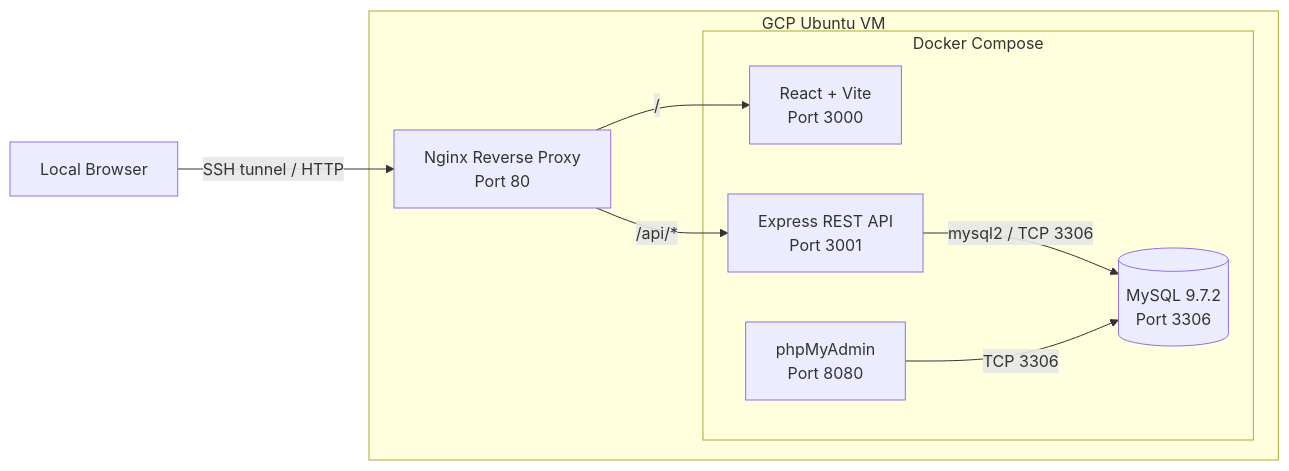
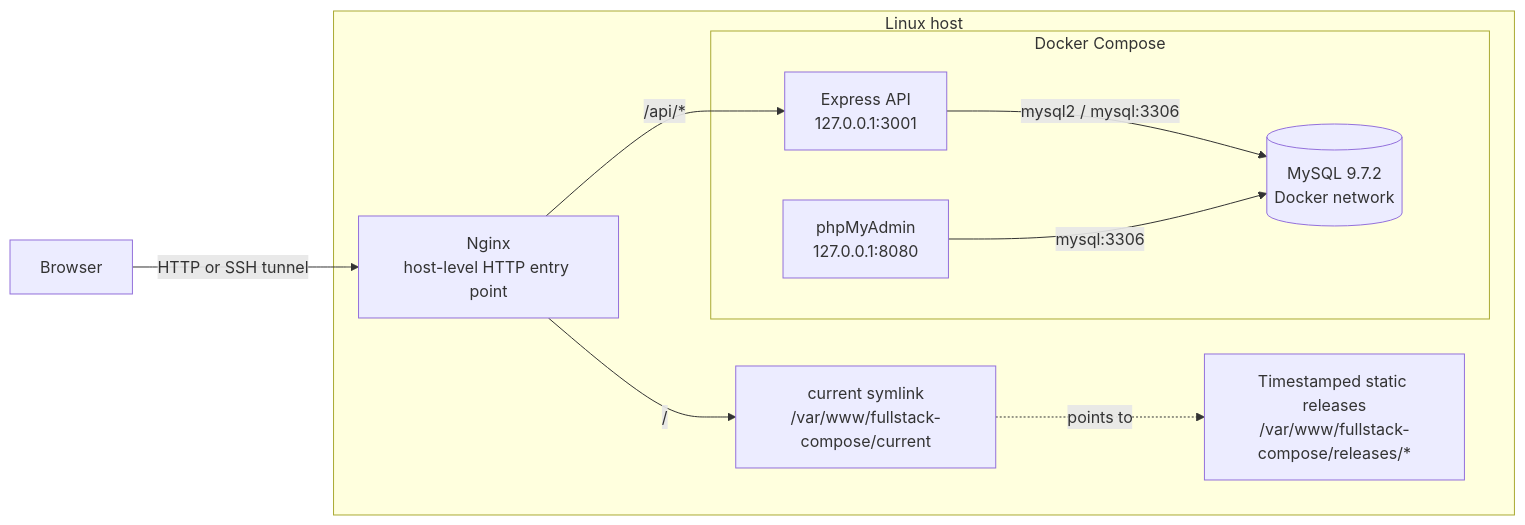
One commit to DerbSwag/fullstack-docker-compose changed the first of 2 diagrams in README.md. Above: the diagram before and after it, drawn with Mermaid. The commit also changed other lines of this file and 11 other files, not shown here.

````diff
--- a/README.md
+++ b/README.md
@@ -33,21 +26,23 @@
 ```mermaid
 flowchart LR
-    Browser[Local Browser]
+    Browser[Browser]
 
-    subgraph VM[GCP Ubuntu VM]
-        Nginx[Nginx Reverse Proxy<br/>Port 80]
+    subgraph Host[Linux host]
+        Nginx[Nginx<br/>host-level HTTP entry point]
+        Current[current symlink<br/>/var/www/fullstack-compose/current]
+        Releases[Timestamped static releases<br/>/var/www/fullstack-compose/releases/*]
 
         subgraph Compose[Docker Compose]
-            Frontend[React + Vite<br/>Port 3000]
-            Backend[Express REST API<br/>Port 3001]
-            PMA[phpMyAdmin<br/>Port 8080]
-            MySQL[(MySQL 9.7.2<br/>Port 3306)]
+            API[Express API<br/>127.0.0.1:3001]
+            PMA[phpMyAdmin<br/>127.0.0.1:8080]
+            DB[(MySQL 9.7.2<br/>Docker network)]
         end
     end
 
-    Browser -->|SSH tunnel / HTTP| Nginx
-    Nginx -->|/| Frontend
-    Nginx -->|/api/*| Backend
-    Backend -->|mysql2 / TCP 3306| MySQL
-    PMA -->|TCP 3306| MySQL
+    Browser -->|HTTP or SSH tunnel| Nginx
+    Nginx -->|/| Current
+    Current -. points to .-> Releases
+    Nginx -->|/api/*| API
+    API -->|mysql2 / mysql:3306| DB
+    PMA -->|mysql:3306| DB
 ```
````
